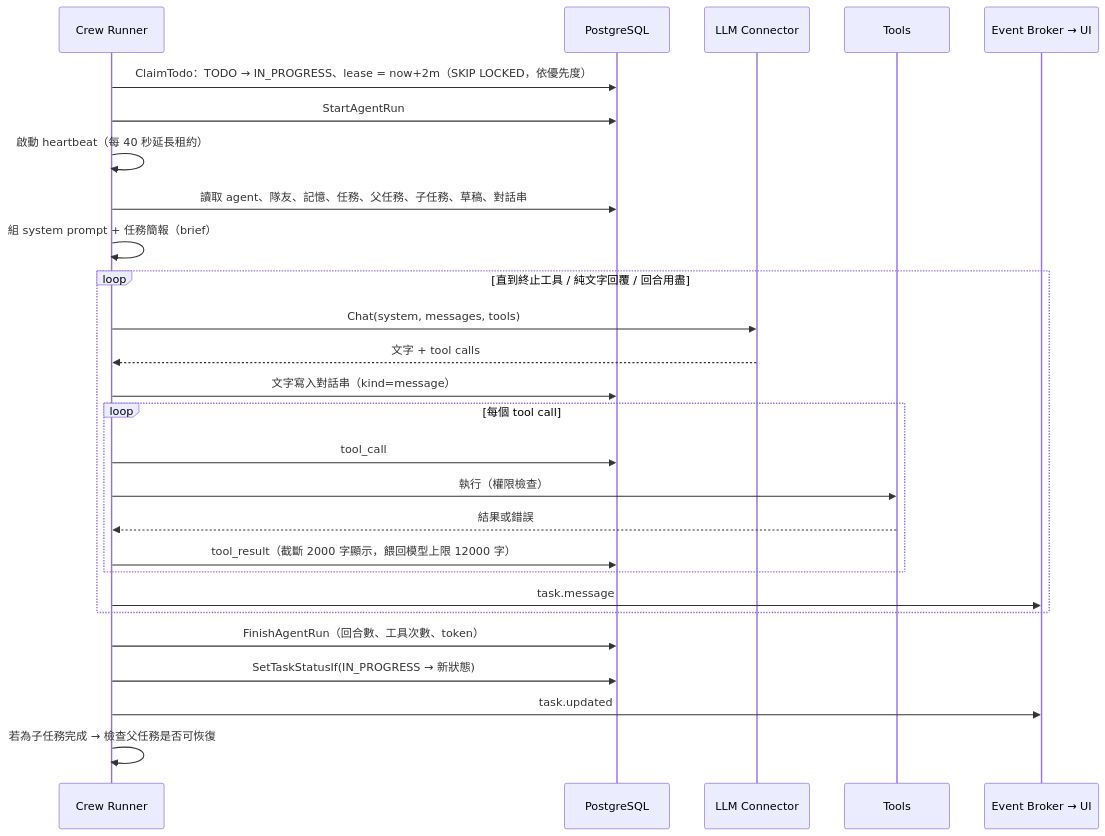
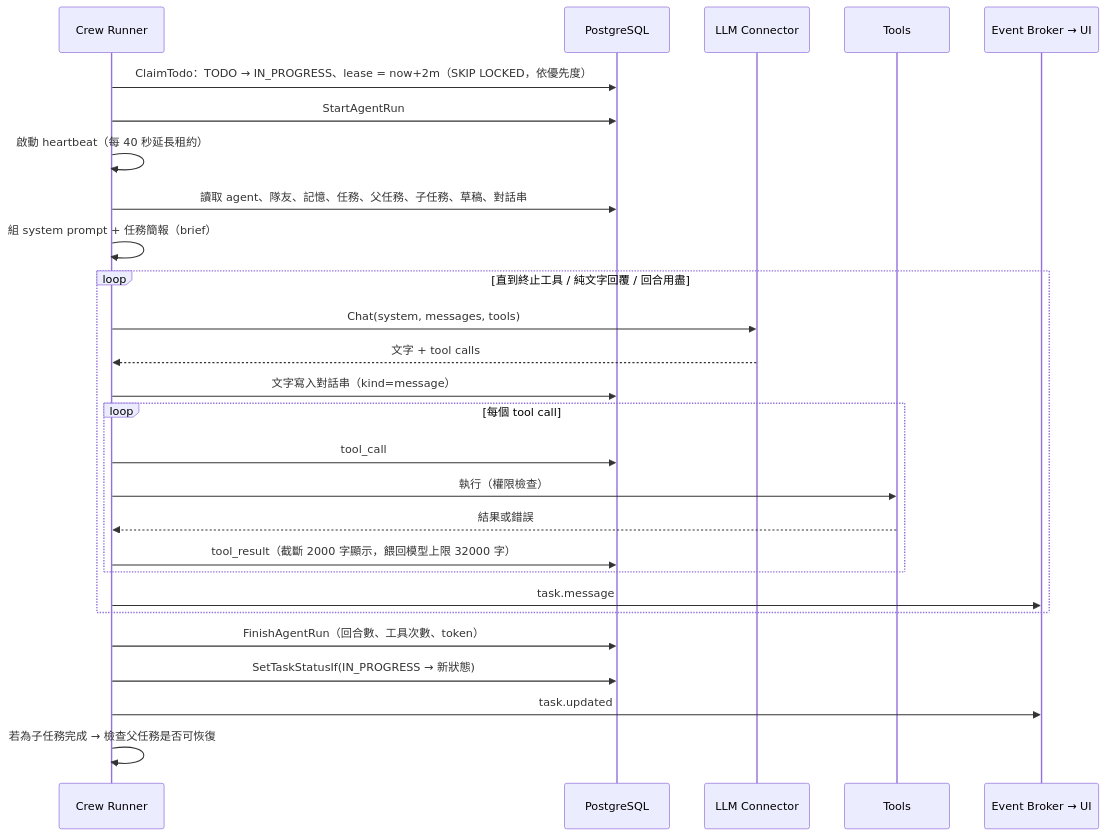
The third of 5 diagrams in docs/zh-TW/agentic-flow.md (j75689/cueflow), drawn with Mermaid before and after one commit. The commit also changed other lines of this file and 7 other files, not shown here.

````diff
--- a/docs/zh-TW/agentic-flow.md
+++ b/docs/zh-TW/agentic-flow.md
@@ -123,30 +123,30 @@
 ```mermaid
 sequenceDiagram
     participant C as Crew Runner
     participant DB as PostgreSQL
     participant L as LLM Connector
     participant T as Tools
     participant B as Event Broker → UI
 
     C->>DB: ClaimTodo：TODO → IN_PROGRESS、lease = now+2m（SKIP LOCKED，依優先度）
     C->>DB: StartAgentRun
     C->>C: 啟動 heartbeat（每 40 秒延長租約）
     C->>DB: 讀取 agent、隊友、記憶、任務、父任務、子任務、草稿、對話串
     C->>C: 組 system prompt + 任務簡報（brief）
     loop 直到終止工具 / 純文字回覆 / 回合用盡
         C->>L: Chat(system, messages, tools)
         L-->>C: 文字 + tool calls
         C->>DB: 文字寫入對話串（kind=message）
         loop 每個 tool call
             C->>DB: tool_call
             C->>T: 執行（權限檢查）
             T-->>C: 結果或錯誤
-            C->>DB: tool_result（截斷 2000 字顯示，餵回模型上限 12000 字）
+            C->>DB: tool_result（截斷 2000 字顯示，餵回模型上限 32000 字）
         end
         C->>B: task.message
     end
     C->>DB: FinishAgentRun（回合數、工具次數、token）
     C->>DB: SetTaskStatusIf(IN_PROGRESS → 新狀態)
     C->>B: task.updated
     C->>C: 若為子任務完成 → 檢查父任務是否可恢復
 ```
````
